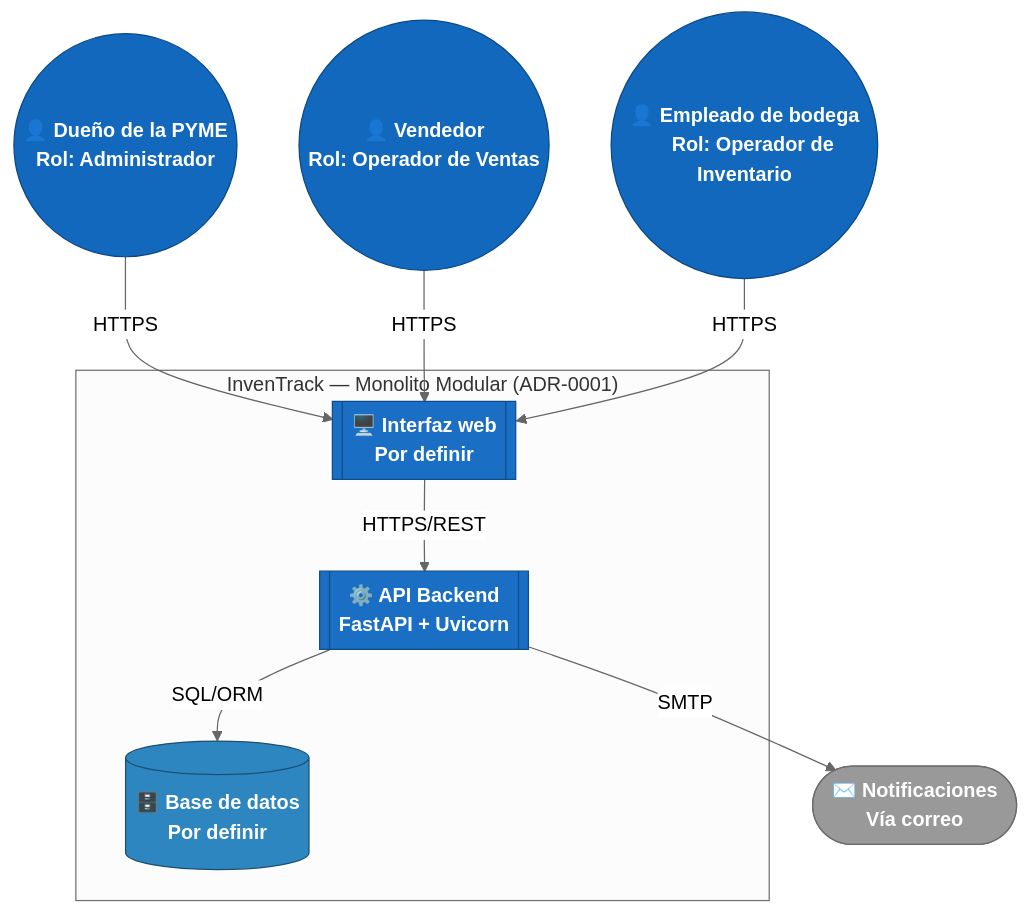
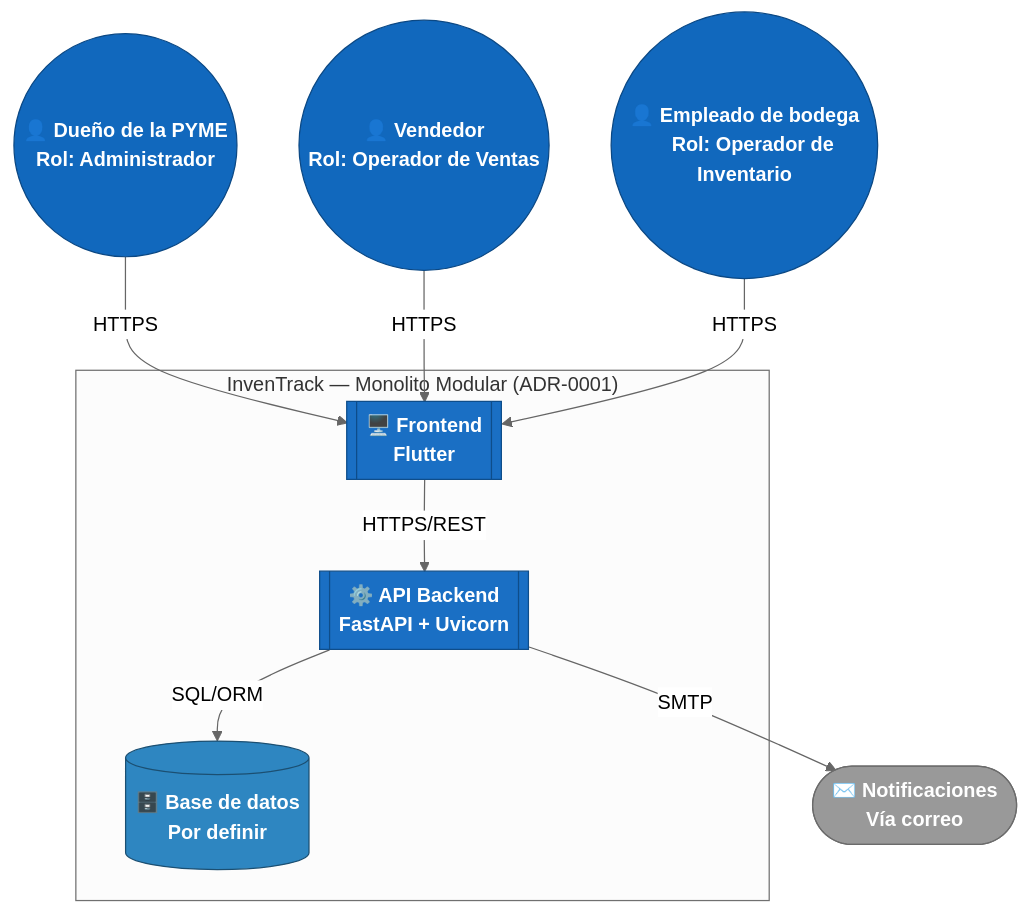
One commit to ISCOUTB/AS_202620_InvenTrack changed the first of 2 diagrams in docs/c4/containers.md. Above: the diagram before and after it, drawn with Mermaid (neutral theme). The commit also changed other lines of this file and 1 other file, not shown here.

````diff
--- a/docs/c4/containers.md
+++ b/docs/c4/containers.md
@@ -9,38 +9,38 @@
 ```mermaid
 flowchart TB
     Dueno(("👤 Dueño de la PYME
     Rol: Administrador"))
     Vendedor(("👤 Vendedor
     Rol: Operador de Ventas"))
     Empleado(("👤 Empleado de bodega
     Rol: Operador de Inventario"))
 
     subgraph InvenTrack["InvenTrack — Monolito Modular (ADR-0001)"]
-        Web[["🖥️ Interfaz web
-        Por definir"]]
+        Web[["🖥️ Frontend
+        Flutter"]]
         Api[["⚙️ API Backend
         FastAPI + Uvicorn"]]
         Db[("🗄️ Base de datos
         Por definir")]
     end
 
     Notif(["✉️ Notificaciones
     Vía correo"])
 
     Dueno -- HTTPS --> Web
     Vendedor -- HTTPS --> Web
     Empleado -- HTTPS --> Web
     Web -- "HTTPS/REST" --> Api
     Api -- "SQL/ORM" --> Db
     Api -- SMTP --> Notif
 
     classDef person fill:#1168bd,stroke:#0b4884,color:#ffffff,font-weight:bold
     classDef container fill:#1a6fc4,stroke:#0e4d8a,color:#ffffff,font-weight:bold
     classDef db fill:#2e86c1,stroke:#1b4f72,color:#ffffff,font-weight:bold
     classDef external fill:#999999,stroke:#6b6b6b,color:#ffffff,font-weight:bold
 
     class Dueno,Vendedor,Empleado person
     class Web,Api container
     class Db db
     class Notif external
 ```
````
